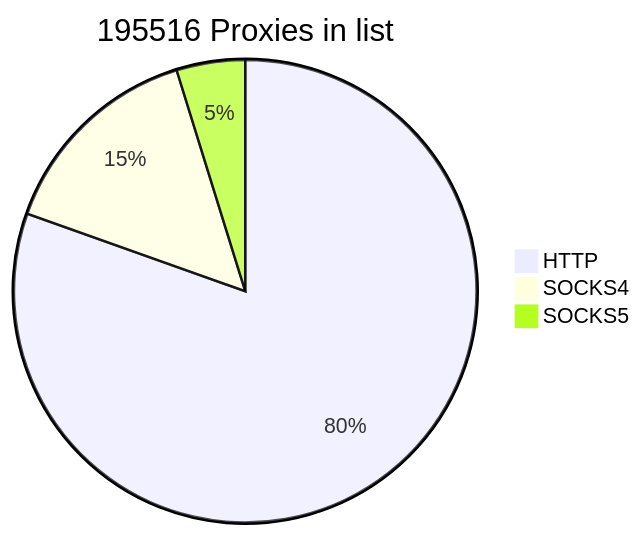
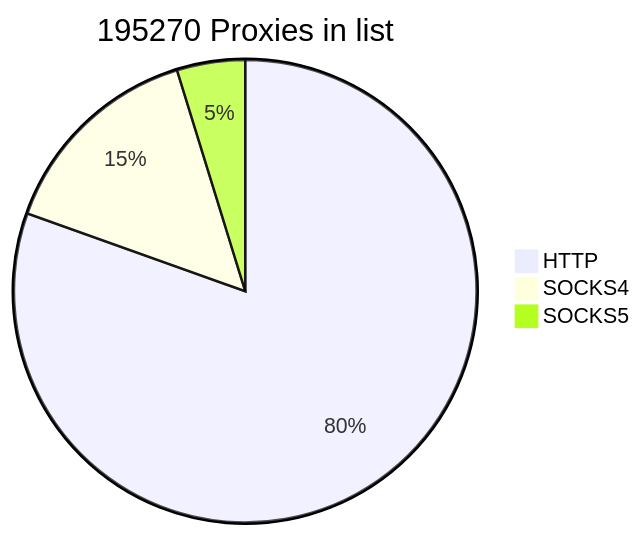
Before and after one commit to cutipu/proxylist: the first of 2 diagrams in README.md, drawn with Mermaid. The commit also changed other lines of this file, not shown here.

````diff
--- a/README.md
+++ b/README.md
@@ -2,7 +2,7 @@
 ```mermaid
-pie title 195516 Proxies in list
-    "HTTP" : 157266
-    "SOCKS4" : 28881
-    "SOCKS5" : 9369
+pie title 195270 Proxies in list
+    "HTTP" : 157107
+    "SOCKS4" : 28859
+    "SOCKS5" : 9304
             
 ```
````
